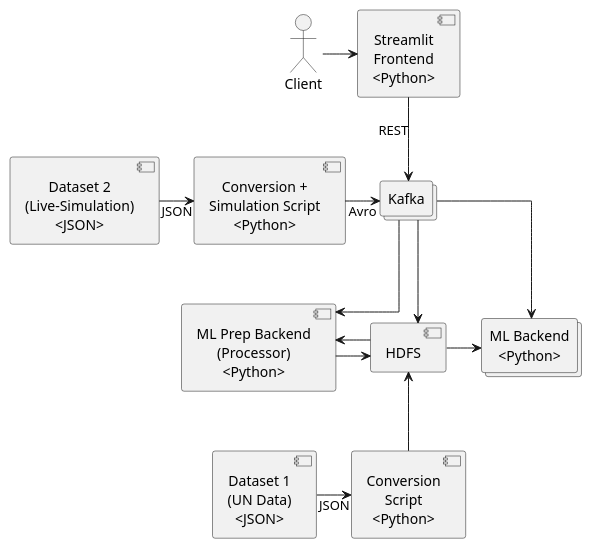
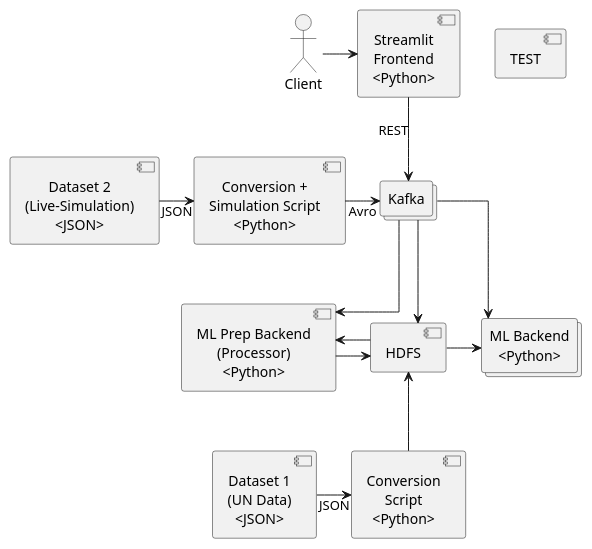
The diagram in deployment.puml (big-data-01-org/deployment), drawn with PlantUML before and after one commit. The commit also changed 1 other file, not shown here.

```diff
--- a/deployment.puml
+++ b/deployment.puml
@@ -1,31 +1,32 @@
 @startuml
 skinparam linetype ortho
 skinparam defaultTextAlignment center
 skinparam  true
 actor Client as client
 component "Conversion +\nSimulation Script\n<Python>" as conversionSim
 component "Dataset 2\n(Live-Simulation)\n<JSON>" as dataset2
 collections "Kafka" as kafka
 component HDFS as hdfs
 collections "ML Backend\n<Python>" as ml
 component "ML Prep Backend\n(Processor)\n<Python>" as mlPrep
 component "Dataset 1\n(UN Data)\n<JSON>" as dataset1
 component "Conversion\nScript\n<Python>" as conversion
 component "Streamlit\nFrontend\n<Python>" as streamlit
+component TEST
 
 client -right-> streamlit
 streamlit -down-> kafka: REST
 kafka -> ml
 kafka -> hdfs
 kafka -down-> mlPrep
 hdfs -> ml
 hdfs -left-> mlPrep
 mlPrep -> hdfs
 dataset2 -> conversionSim: JSON
 conversionSim -right-> kafka: Avro
 
 
 
 dataset1 -> conversion: JSON
 conversion -up-> hdfs
 @enduml
```
